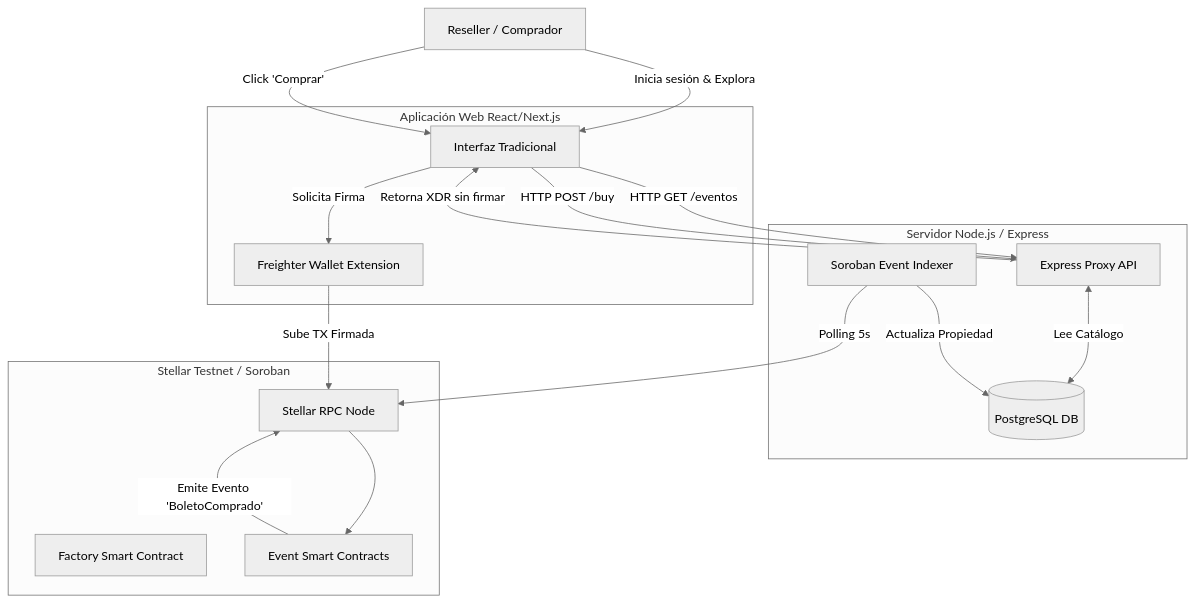
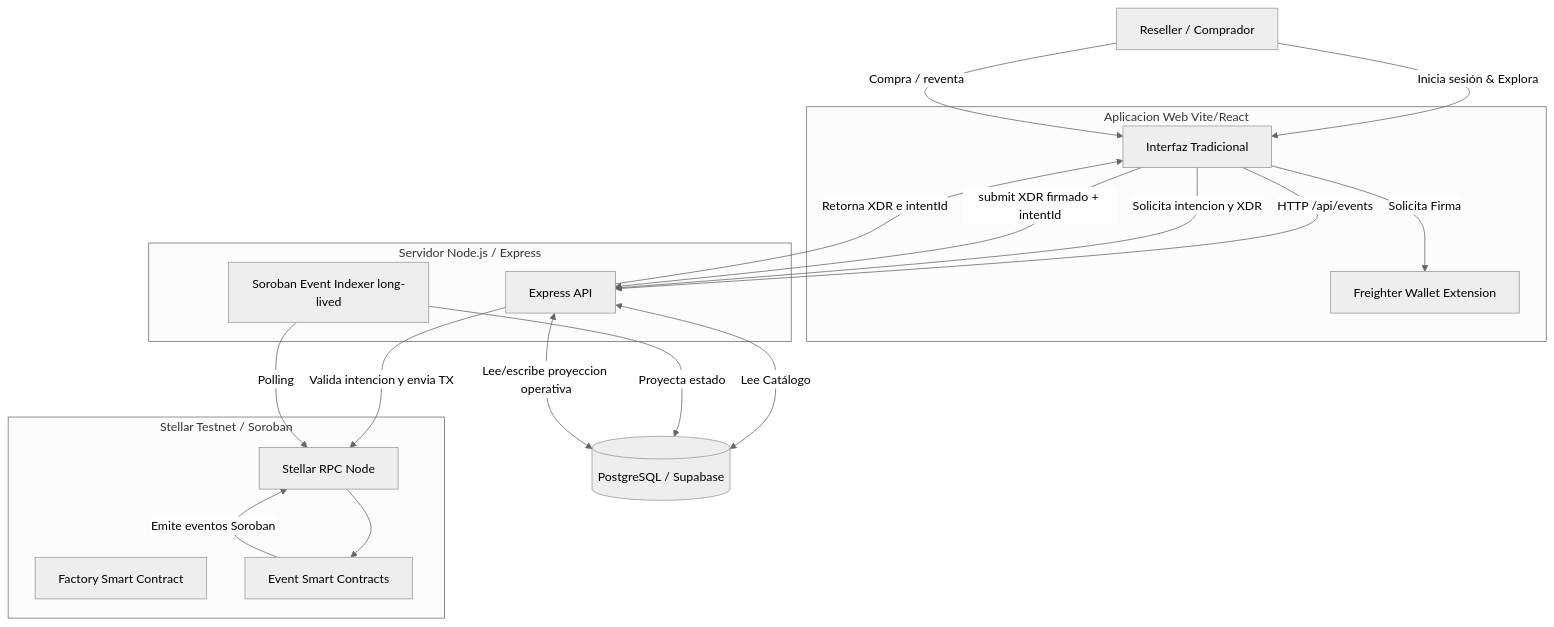
One commit to Tesis-Stellar/stellar-tickets changed the diagram in docs/architecture/ARCHITECTURE.md. Above: the diagram before and after it, drawn with Mermaid (neutral theme). The commit also changed other lines of this file and 109 other files, not shown here.

````diff
--- a/docs/architecture/ARCHITECTURE.md
+++ b/docs/architecture/ARCHITECTURE.md
@@ -8,42 +19,45 @@
 ```mermaid
 graph TD
     %% Usuarios
     User[Reseller / Comprador]
     
     %% Capa Frontend (Web2 + Web3)
-    subgraph Frontend [Aplicación Web React/Next.js]
+    subgraph Frontend [Aplicacion Web Vite/React]
         WebUI[Interfaz Tradicional]
         Wallet[Freighter Wallet Extension]
     end
 
     %% Capa Backend (Web2.5)
     subgraph Backend [Servidor Node.js / Express]
-        API[Express Proxy API]
-        DB[(PostgreSQL DB)]
-        Indexer[Soroban Event Indexer]
+        API[Express API]
+        Indexer[Soroban Event Indexer long-lived]
     end
+
+    DB[(PostgreSQL / Supabase)]
 
     %% Capa Blockchain (Web3)
     subgraph Blockchain [Stellar Testnet / Soroban]
         RPC[Stellar RPC Node]
         SC_Factory[Factory Smart Contract]
         SC_Event[Event Smart Contracts]
     end
 
     %% Flujos de interacción
     User -->|Inicia sesión & Explora| WebUI
-    WebUI -->|HTTP GET /eventos| API
+    WebUI -->|HTTP /api/events| API
     API <-->|Lee Catálogo| DB
     
-    User -->|Click 'Comprar'| WebUI
-    WebUI -->|HTTP POST /buy| API
-    API -->|Retorna XDR sin firmar| WebUI
+    User -->|Compra / reventa| WebUI
+    WebUI -->|Solicita intencion y XDR| API
+    API -->|Retorna XDR e intentId| WebUI
     WebUI -->|Solicita Firma| Wallet
-    Wallet -->|Sube TX Firmada| RPC
+    WebUI -->|submit XDR firmado + intentId| API
+    API -->|Valida intencion y envia TX| RPC
     
     RPC --> SC_Event
     
-    SC_Event -->|Emite Evento 'BoletoComprado'| RPC
-    Indexer -->|Polling 5s| RPC
-    Indexer -->|Actualiza Propiedad| DB
+    SC_Event -->|Emite eventos Soroban| RPC
+    Indexer -->|Polling| RPC
+    Indexer -->|Proyecta estado| DB
+    API <-->|Lee/escribe proyeccion operativa| DB
 ```
````
